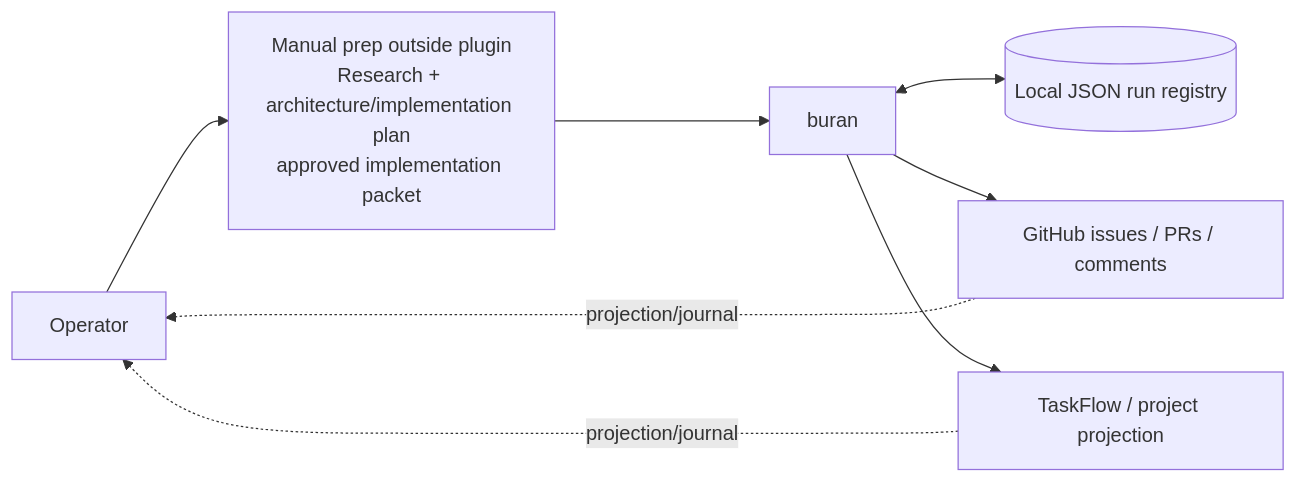
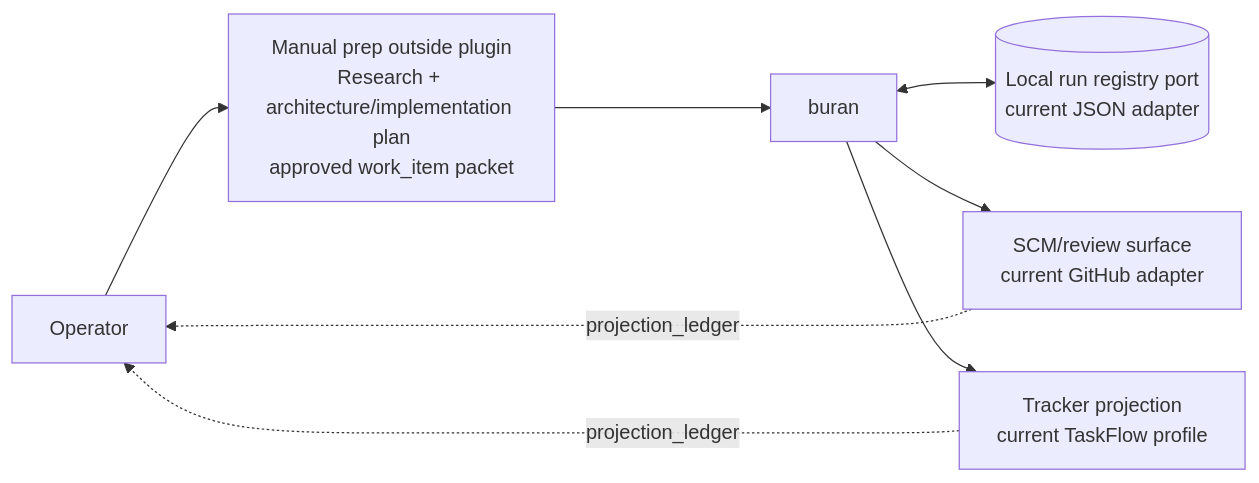
Before and after one commit to MrFlashAccount/Buran: the first of 2 diagrams in ARCHITECTURE.md, drawn with Mermaid. The commit also changed other lines of this file and 134 other files, not shown here.

````diff
--- a/ARCHITECTURE.md
+++ b/ARCHITECTURE.md
@@ -92,16 +92,16 @@
 ```mermaid
 flowchart LR
   Operator[Operator]
-  Prep[Manual prep outside plugin\nResearch + architecture/implementation plan\napproved implementation packet]
+  Prep[Manual prep outside plugin\nResearch + architecture/implementation plan\napproved work_item packet]
   Plugin[buran]
-  Local[(Local JSON run registry)]
-  GitHub[GitHub issues / PRs / comments]
-  TaskFlow[TaskFlow / project projection]
+  Local[(Local run registry port\ncurrent JSON adapter)]
+  SCM[SCM/review surface\ncurrent GitHub adapter]
+  Tracker[Tracker projection\ncurrent TaskFlow profile]
 
   Operator --> Prep --> Plugin
   Plugin <--> Local
-  Plugin --> GitHub
-  Plugin --> TaskFlow
-  GitHub -. projection/journal .-> Operator
-  TaskFlow -. projection/journal .-> Operator
+  Plugin --> SCM
+  Plugin --> Tracker
+  SCM -. projection_ledger .-> Operator
+  Tracker -. projection_ledger .-> Operator
 ```
````
